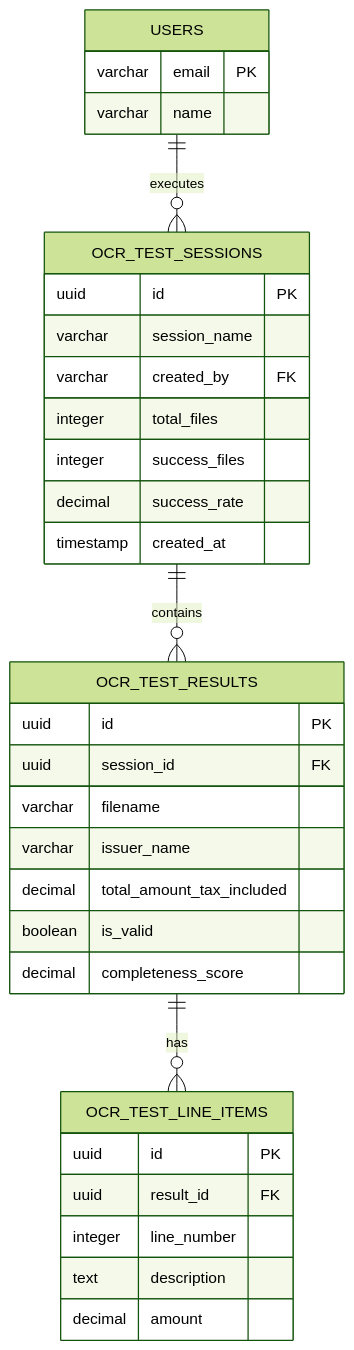
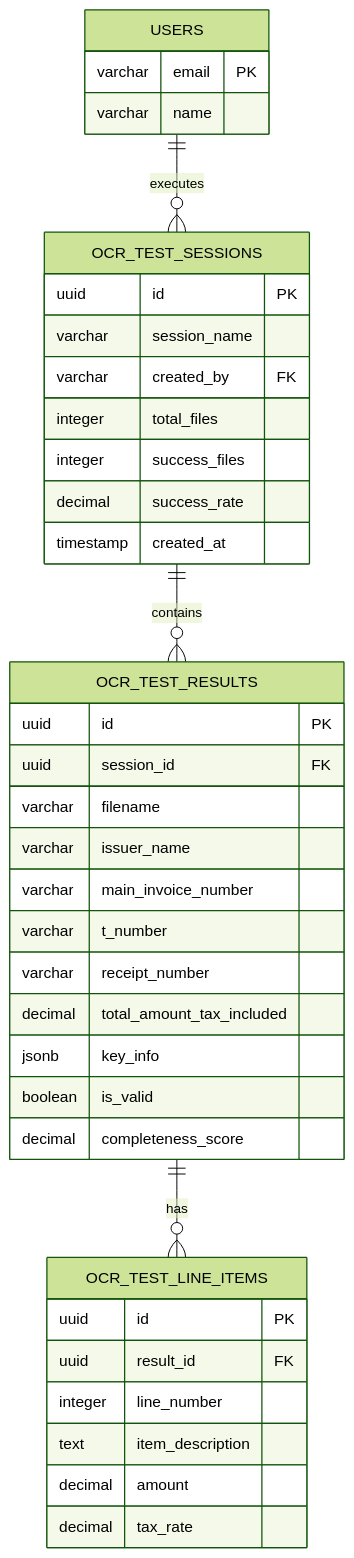
Before and after one commit to gucchon001/invoice-processing-system: the fourth of 11 diagrams in docs/18_データベースER図.md, drawn with Mermaid (forest theme). The commit also changed other lines of this file and 40 other files, not shown here.

````diff
--- a/docs/18_データベースER図.md
+++ b/docs/18_データベースER図.md
@@ -287,39 +293,44 @@
 ```mermaid
 erDiagram
     USERS {
         varchar email PK
         varchar name
     }
     
     OCR_TEST_SESSIONS {
         uuid id PK
         varchar session_name
         varchar created_by FK
         integer total_files
         integer success_files
         decimal success_rate
         timestamp created_at
     }
     
     OCR_TEST_RESULTS {
         uuid id PK
         uuid session_id FK
         varchar filename
         varchar issuer_name
+        varchar main_invoice_number
+        varchar t_number
+        varchar receipt_number
         decimal total_amount_tax_included
+        jsonb key_info
         boolean is_valid
         decimal completeness_score
     }
     
     OCR_TEST_LINE_ITEMS {
         uuid id PK
         uuid result_id FK
         integer line_number
-        text description
+        text item_description
         decimal amount
+        decimal tax_rate
     }
     
     USERS ||--o{ OCR_TEST_SESSIONS : "executes"
     OCR_TEST_SESSIONS ||--o{ OCR_TEST_RESULTS : "contains"
     OCR_TEST_RESULTS ||--o{ OCR_TEST_LINE_ITEMS : "has"
 ```
````
